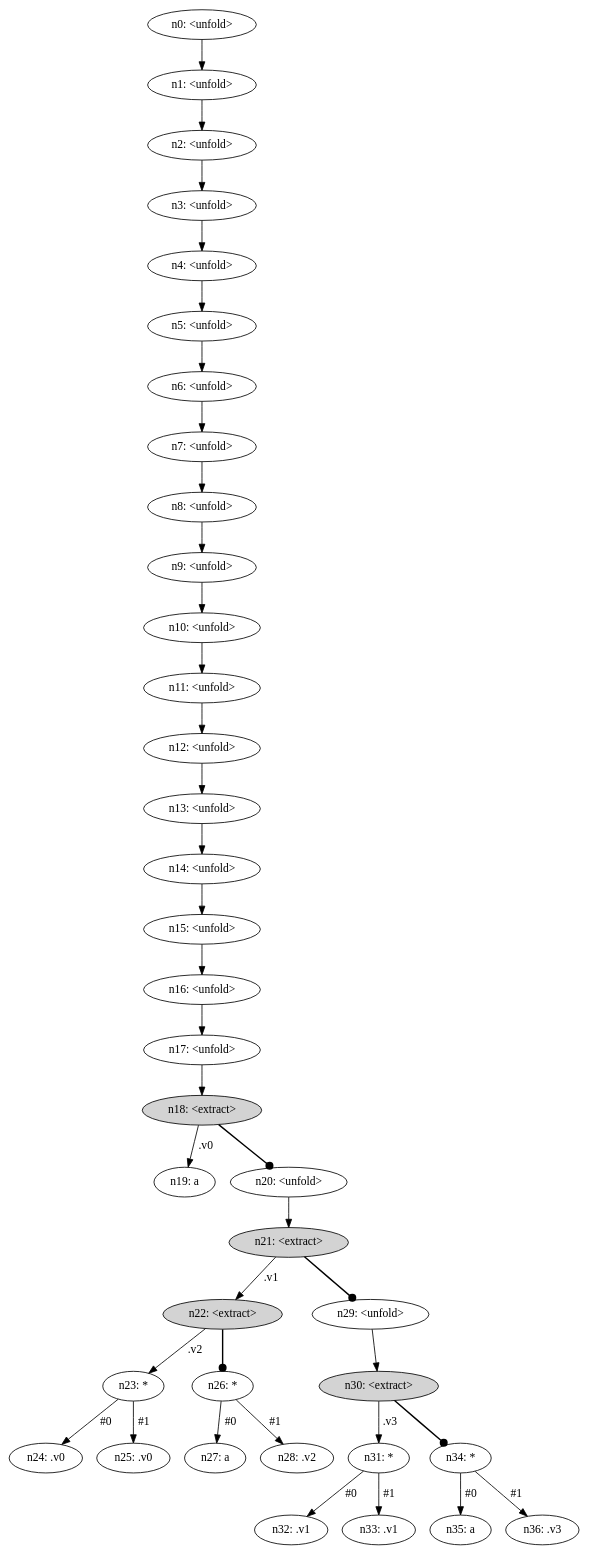
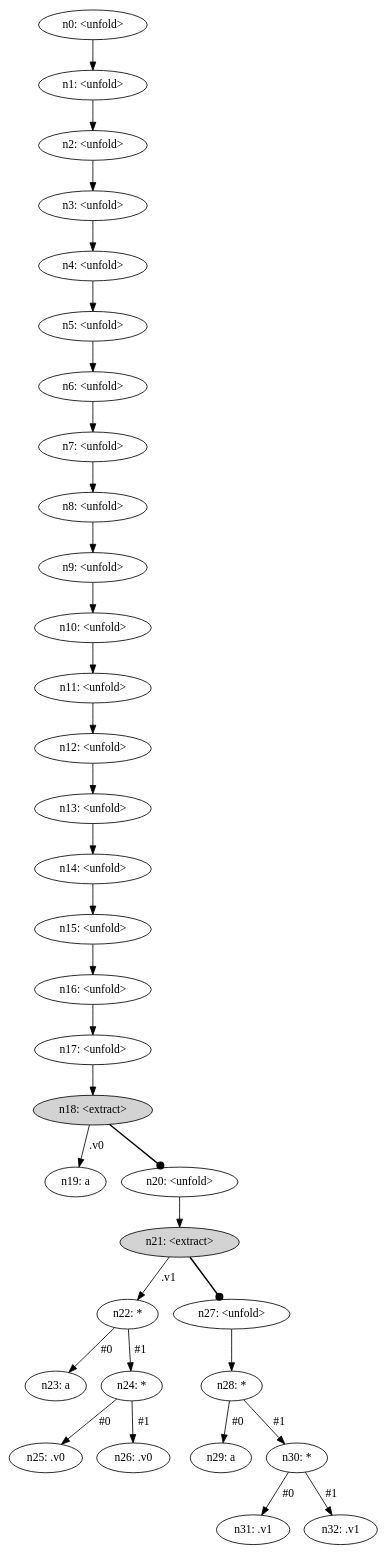
The diagram in examples/power-sq/target/graph.dot (mazeppa-dev/mazeppa), drawn with Graphviz before and after one commit. The commit also changed 12 other files, not shown here.

```diff
--- a/examples/power-sq/target/graph.dot
+++ b/examples/power-sq/target/graph.dot
@@ -1,77 +1,69 @@
 digraph {
     node [fontname="bold helvetica"];
     edge [fontname="bold helvetica"];
     n0 [label="n0: <unfold>"];
     n1 [label="n1: <unfold>"];
     n0 -> n1;
     n2 [label="n2: <unfold>"];
     n1 -> n2;
     n3 [label="n3: <unfold>"];
     n2 -> n3;
     n4 [label="n4: <unfold>"];
     n3 -> n4;
     n5 [label="n5: <unfold>"];
     n4 -> n5;
     n6 [label="n6: <unfold>"];
     n5 -> n6;
     n7 [label="n7: <unfold>"];
     n6 -> n7;
     n8 [label="n8: <unfold>"];
     n7 -> n8;
     n9 [label="n9: <unfold>"];
     n8 -> n9;
     n10 [label="n10: <unfold>"];
     n9 -> n10;
     n11 [label="n11: <unfold>"];
     n10 -> n11;
     n12 [label="n12: <unfold>"];
     n11 -> n12;
     n13 [label="n13: <unfold>"];
     n12 -> n13;
     n14 [label="n14: <unfold>"];
     n13 -> n14;
     n15 [label="n15: <unfold>"];
     n14 -> n15;
     n16 [label="n16: <unfold>"];
     n15 -> n16;
     n17 [label="n17: <unfold>"];
     n16 -> n17;
     n18 [label="n18: <extract>"] [style=filled];
     n17 -> n18;
     n19 [label="n19: a"];
     n18 -> n19 [label=" .v0 "];
     n20 [label="n20: <unfold>"];
     n18 -> n20 [penwidth=1.7 arrowhead=dot];
     n21 [label="n21: <extract>"] [style=filled];
     n20 -> n21;
-    n22 [label="n22: <extract>"] [style=filled];
+    n22 [label="n22: *"];
     n21 -> n22 [label=" .v1 "];
-    n23 [label="n23: *"];
-    n22 -> n23 [label=" .v2 "];
-    n24 [label="n24: .v0"];
-    n23 -> n24 [label=" #0 "];
+    n23 [label="n23: a"];
+    n22 -> n23 [label=" #0 "];
+    n24 [label="n24: *"];
+    n22 -> n24 [label=" #1 "];
     n25 [label="n25: .v0"];
-    n23 -> n25 [label=" #1 "];
-    n26 [label="n26: *"];
-    n22 -> n26 [penwidth=1.7 arrowhead=dot];
-    n27 [label="n27: a"];
-    n26 -> n27 [label=" #0 "];
-    n28 [label="n28: .v2"];
-    n26 -> n28 [label=" #1 "];
-    n29 [label="n29: <unfold>"];
-    n21 -> n29 [penwidth=1.7 arrowhead=dot];
-    n30 [label="n30: <extract>"] [style=filled];
-    n29 -> n30;
-    n31 [label="n31: *"];
-    n30 -> n31 [label=" .v3 "];
+    n24 -> n25 [label=" #0 "];
+    n26 [label="n26: .v0"];
+    n24 -> n26 [label=" #1 "];
+    n27 [label="n27: <unfold>"];
+    n21 -> n27 [penwidth=1.7 arrowhead=dot];
+    n28 [label="n28: *"];
+    n27 -> n28;
+    n29 [label="n29: a"];
+    n28 -> n29 [label=" #0 "];
+    n30 [label="n30: *"];
+    n28 -> n30 [label=" #1 "];
+    n31 [label="n31: .v1"];
+    n30 -> n31 [label=" #0 "];
     n32 [label="n32: .v1"];
-    n31 -> n32 [label=" #0 "];
-    n33 [label="n33: .v1"];
-    n31 -> n33 [label=" #1 "];
-    n34 [label="n34: *"];
-    n30 -> n34 [penwidth=1.7 arrowhead=dot];
-    n35 [label="n35: a"];
-    n34 -> n35 [label=" #0 "];
-    n36 [label="n36: .v3"];
-    n34 -> n36 [label=" #1 "];
+    n30 -> n32 [label=" #1 "];
 }
```
